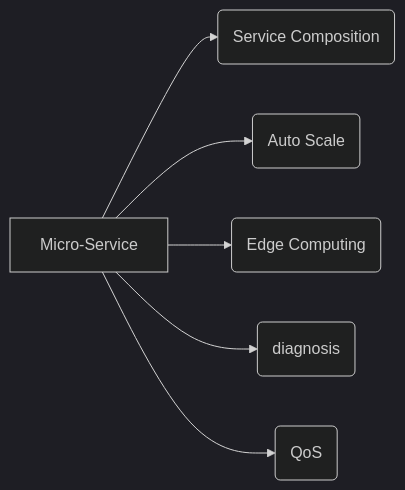
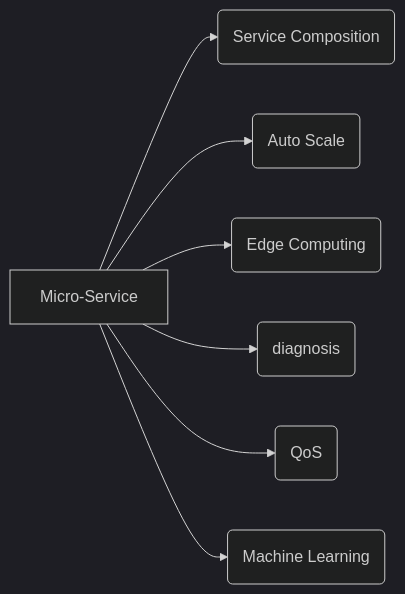
The diagram in _posts/2019-08-20-Plan.md (GuodongFan/GuodongFan.github.io), drawn with Mermaid (dark theme) before and after one commit.

```diff
--- a/_posts/2019-08-20-Plan.md
+++ b/_posts/2019-08-20-Plan.md
@@ -9,9 +9,10 @@
 <div class="mermaid">
 graph LR
 
 A[Micro-Service] --> B(Service Composition)
 A --> C(Auto Scale)
 A --> D(Edge Computing)
 A --> E(diagnosis)
 A --> F(QoS)
+A --> G(Machine Learning)
 </div>
```
